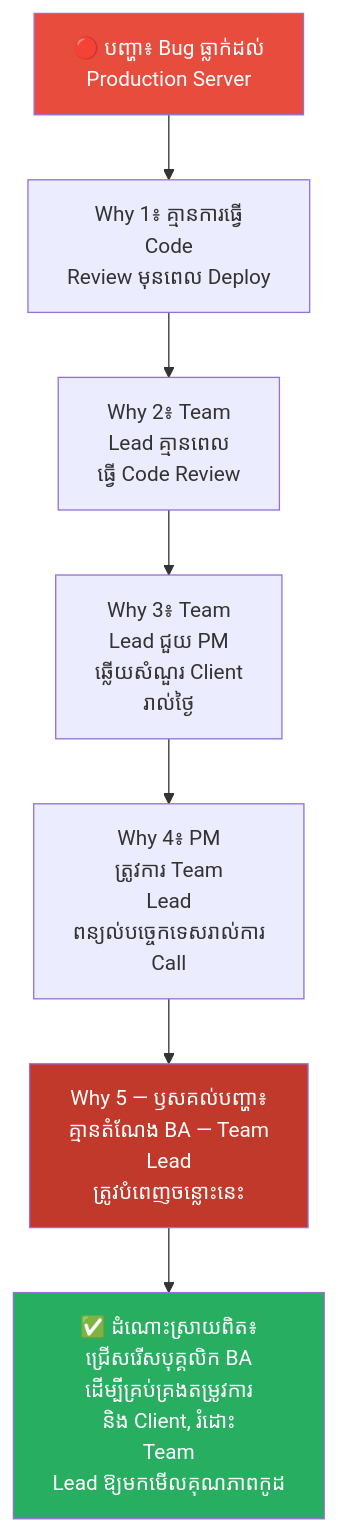
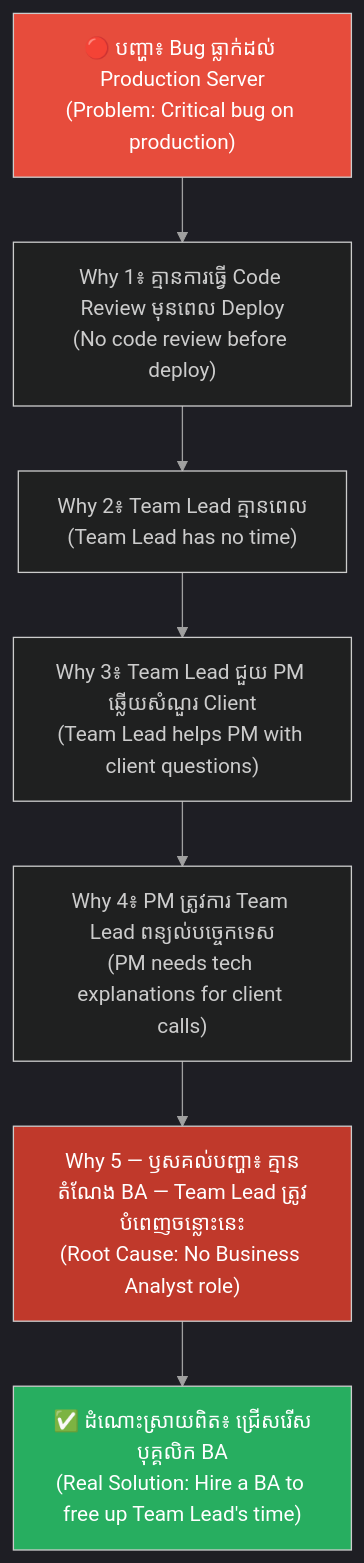
Before and after one commit to GuideStack/iblogger-feeds: the fourth of 8 diagrams in feeds/concepts/articles/02-five-whys-technique.md, drawn with Mermaid. The commit also changed other lines of this file, not shown here.

````diff
--- a/feeds/concepts/articles/02-five-whys-technique.md
+++ b/feeds/concepts/articles/02-five-whys-technique.md
@@ -190,13 +266,22 @@
 ```mermaid
+%%{init: {
+  'theme': 'dark',
+  'themeVariables': {
+    'background': '#1e1e1e',
+    'primaryTextColor': '#ffffff',
+    'lineColor': '#a0a0a0'
+  },
+  'themeCSS': 'svg { background-color: #1e1e1e !important; padding: 1rem !important; border-radius: 8px !important; } .edgeLabel rect { fill: #1e1e1e !important; } text, tspan { fill: #ffffff !important; }'
+}}%%
 graph TD
-    A["🔴 បញ្ហា៖ Bug ធ្លាក់ដល់<br/>Production Server"] --> B["Why 1៖ គ្មានការធ្វើ<br/>Code<br/>Review មុនពេល Deploy"]
-    B --> C["Why 2៖ Team<br/>Lead គ្មានពេល<br/>ធ្វើ Code Review"]
-    C --> D["Why 3៖ Team<br/>Lead ជួយ PM<br/>ឆ្លើយសំណួរ Client<br/>រាល់ថ្ងៃ"]
-    D --> E["Why 4៖ PM<br/>ត្រូវការ Team<br/>Lead<br/>ពន្យល់បច្ចេកទេសរាល់ការ<br/>Call"]
-    E --> F["Why 5 — ឫសគល់បញ្ហា៖<br/>គ្មានតំណែង BA — Team<br/>Lead<br/>ត្រូវបំពេញចន្លោះនេះ"]
-    F --> G["✅ ដំណោះស្រាយពិត៖<br/>ជ្រើសរើសបុគ្គលិក BA<br/>ដើម្បីគ្រប់គ្រងតម្រូវការ<br/>និង Client, រំដោះ<br/>Team<br/>Lead ឱ្យមកមើលគុណភាពកូដ"]
+    A["🔴 បញ្ហា៖ Bug ធ្លាក់ដល់ Production Server<br/>(Problem: Critical bug on production)"] --> B["Why 1៖ គ្មានការធ្វើ Code Review មុនពេល Deploy<br/>(No code review before deploy)"]
+    B --> C["Why 2៖ Team Lead គ្មានពេល<br/>(Team Lead has no time)"]
+    C --> D["Why 3៖ Team Lead ជួយ PM ឆ្លើយសំណួរ Client<br/>(Team Lead helps PM with client questions)"]
+    D --> E["Why 4៖ PM ត្រូវការ Team Lead ពន្យល់បច្ចេកទេស<br/>(PM needs tech explanations for client calls)"]
+    E --> F["Why 5 — ឫសគល់បញ្ហា៖ គ្មានតំណែង BA — Team Lead ត្រូវបំពេញចន្លោះនេះ<br/>(Root Cause: No Business Analyst role)"]
+    F --> G["✅ ដំណោះស្រាយពិត៖ ជ្រើសរើសបុគ្គលិក BA<br/>(Real Solution: Hire a BA to free up Team Lead's time)"]
 
     style A fill:#e74c3c,color:#fff
     style F fill:#c0392b,color:#fff
     style G fill:#27ae60,color:#fff
 ```
````
